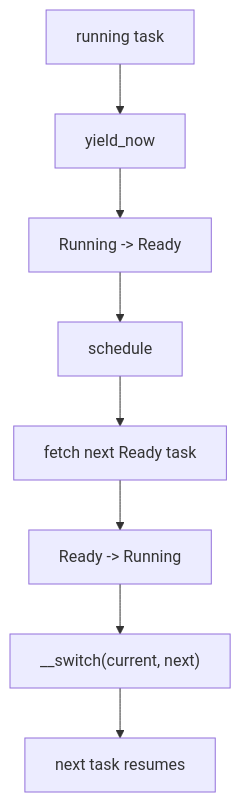
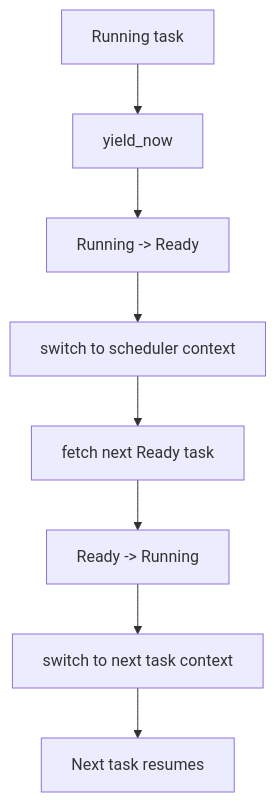
One commit to yicanzhang776-tech/os changed the second of 2 diagrams in docs/labs/lab5.md. Above: the diagram before and after it, drawn with Mermaid. The commit also changed other lines of this file and 4 other files, not shown here.

````diff
--- a/docs/labs/lab5.md
+++ b/docs/labs/lab5.md
@@ -92,10 +136,10 @@
 ```mermaid
 flowchart TD
-    task["running task"] --> yield["yield_now"]
-    yield --> markReady["Running -> Ready"]
-    markReady --> schedule["schedule"]
-    schedule --> pick["fetch next Ready task"]
-    pick --> markRunning["Ready -> Running"]
-    markRunning --> switch["__switch(current, next)"]
-    switch --> nextTask["next task resumes"]
+    task["Running task"] --> yield["yield_now"]
+    yield --> ready["Running -> Ready"]
+    ready --> switchBack["switch to scheduler context"]
+    switchBack --> scan["fetch next Ready task"]
+    scan --> running["Ready -> Running"]
+    running --> switchNext["switch to next task context"]
+    switchNext --> nextTask["Next task resumes"]
 ```
````
